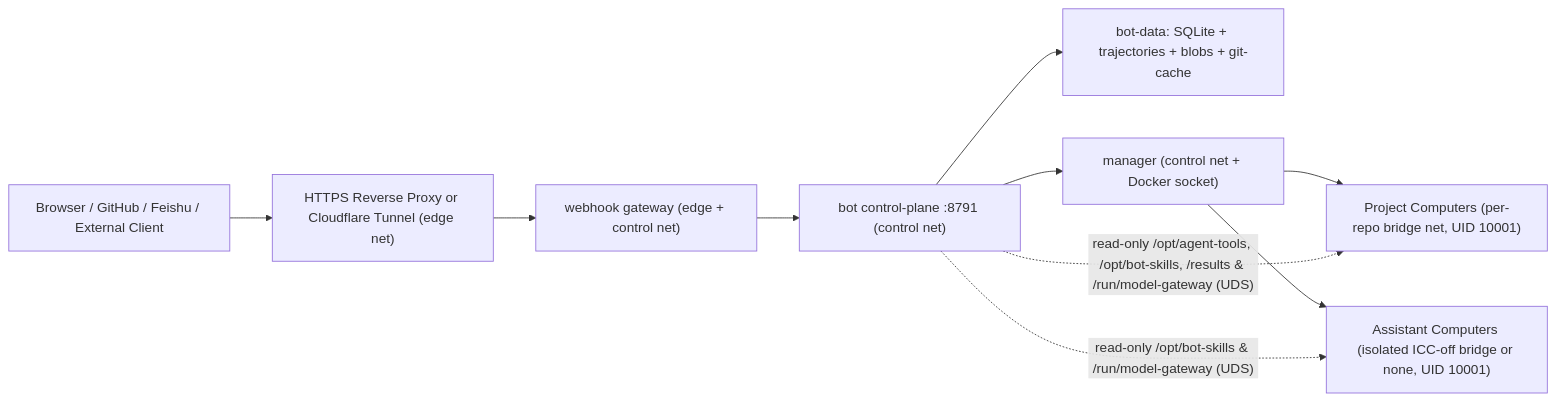
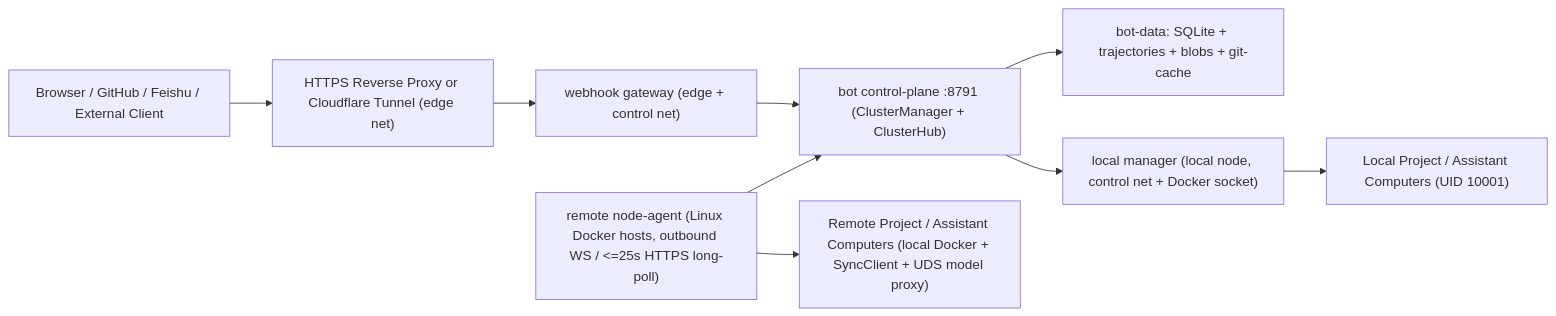
Before and after one commit to agent-CI-Infra/bot: the diagram in docs/design/architecture.md, drawn with Mermaid. The commit also changed other lines of this file and 39 other files, not shown here.

Commit message:
feat(cluster): add ClusterManager and distributed Linux Docker node-agent (#1380)

````diff
--- a/docs/design/architecture.md
+++ b/docs/design/architecture.md
@@ -9,12 +9,11 @@
 ```mermaid
 flowchart LR
   User["Browser / GitHub / Feishu / External Client"] --> Edge["HTTPS Reverse Proxy or Cloudflare Tunnel (edge net)"]
   Edge --> Webhook["webhook gateway (edge + control net)"]
-  Webhook --> Bot["bot control-plane :8791 (control net)"]
+  Webhook --> Bot["bot control-plane :8791 (ClusterManager + ClusterHub)"]
   Bot --> SQLite["bot-data: SQLite + trajectories + blobs + git-cache"]
-  Bot --> Manager["manager (control net + Docker socket)"]
-  Manager --> ProjComp["Project Computers (per-repo bridge net, UID 10001)"]
-  Manager --> AsstComp["Assistant Computers (isolated ICC-off bridge or none, UID 10001)"]
-  Bot -. "read-only /opt/agent-tools, /opt/bot-skills, /results & /run/model-gateway (UDS)" .-> ProjComp
-  Bot -. "read-only /opt/bot-skills & /run/model-gateway (UDS)" .-> AsstComp
+  Bot --> Manager["local manager (local node, control net + Docker socket)"]
+  NodeAgent["remote node-agent (Linux Docker hosts, outbound WS / <=25s HTTPS long-poll)"] --> Bot
+  Manager --> ProjComp["Local Project / Assistant Computers (UID 10001)"]
+  NodeAgent --> RemoteComp["Remote Project / Assistant Computers (local Docker + SyncClient + UDS model proxy)"]
 ```
````
